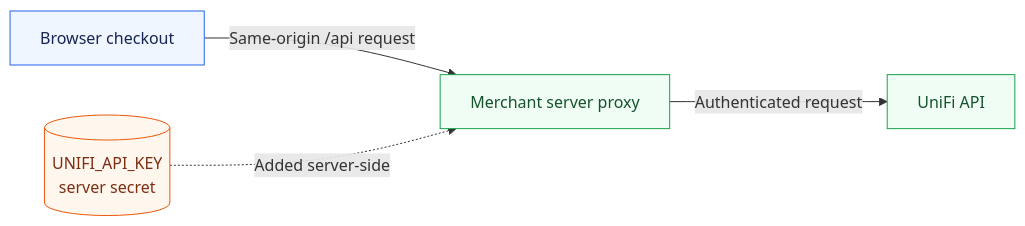
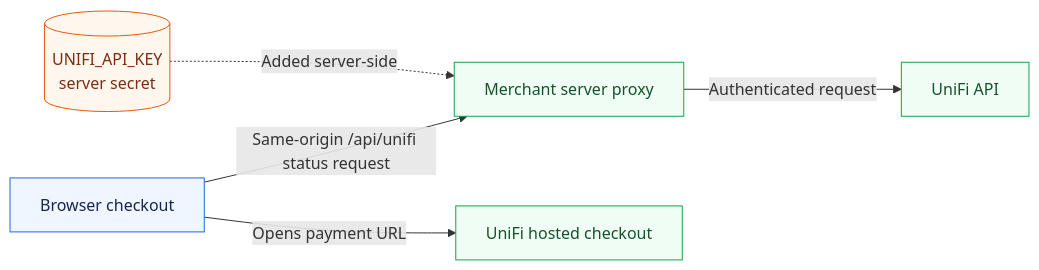
Before and after one commit to abhi3700/fliq-market: the diagram in README.md, drawn with Mermaid. The commit also changed other lines of this file and 5 other files, not shown here.

Commit message:
changed the /api proxy to /api/unifi & made the readme lean

````diff
--- a/README.md
+++ b/README.md
@@ -34,13 +19,14 @@
 ```mermaid
 flowchart LR
-    Browser["Browser checkout"] -->|"Same-origin /api request"| Proxy["Merchant server proxy"]
+    Browser["Browser checkout"] -->|"Same-origin /api/unifi status request"| Proxy["Merchant server proxy"]
     Secret[("UNIFI_API_KEY<br/>server secret")] -.->|"Added server-side"| Proxy
     Proxy -->|"Authenticated request"| UniFi["UniFi API"]
+    Browser -->|"Opens payment URL"| Checkout["UniFi hosted checkout"]
 
     classDef browser fill:#eff6ff,stroke:#2563eb,color:#172554
     classDef server fill:#f0fdf4,stroke:#16a34a,color:#14532d
     classDef secret fill:#fff7ed,stroke:#ea580c,color:#7c2d12
     class Browser browser
-    class Proxy,UniFi server
+    class Proxy,UniFi,Checkout server
     class Secret secret
 ```
````
